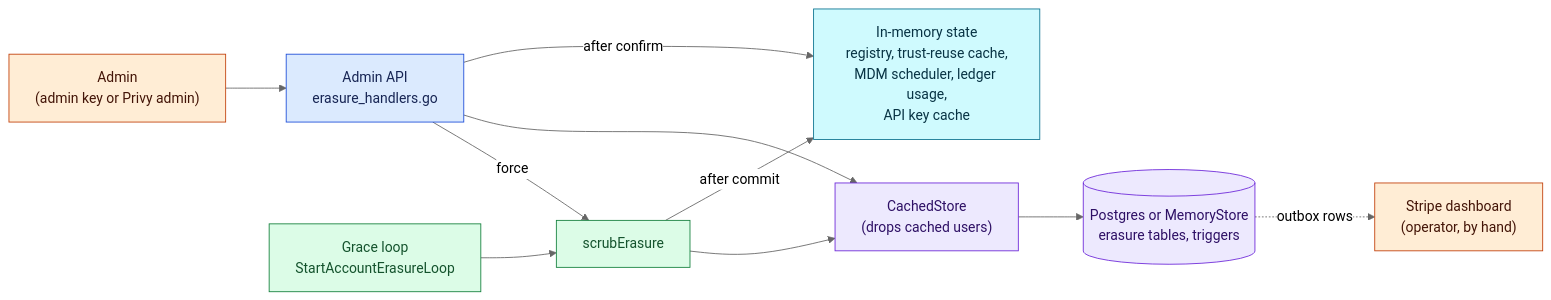
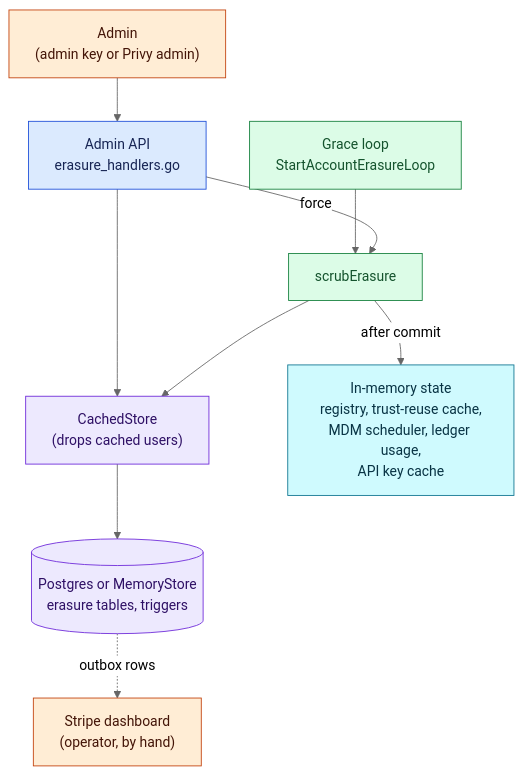
One commit to Layr-Labs/d-inference changed the first of 3 diagrams in docs/architecture/account-erasure.md. Above: the diagram before and after it, drawn with Mermaid (neutral theme). The commit also changed other lines of this file, not shown here.

Commit message:
Lay out the erasure component diagram top to bottom
GitHub's renderer still crossed edges in the left-to-right layout. A
top-to-bottom chain renders without crossings; the confirm-time
disconnect moves to the caption.

````diff
--- a/docs/architecture/account-erasure.md
+++ b/docs/architecture/account-erasure.md
@@ -37,18 +37,17 @@
 ```mermaid
-flowchart LR
+flowchart TB
   classDef api fill:#dbeafe,stroke:#1d4ed8,color:#172554
   classDef loop fill:#dcfce7,stroke:#15803d,color:#14532d
   classDef store fill:#ede9fe,stroke:#6d28d9,color:#2e1065
   classDef mem fill:#cffafe,stroke:#0e7490,color:#083344
   classDef ext fill:#ffedd5,stroke:#c2410c,color:#431407
 
   A["Admin<br/>(admin key or Privy admin)"]:::ext --> H["Admin API<br/>erasure_handlers.go"]:::api
   L["Grace loop<br/>StartAccountErasureLoop"]:::loop --> X["scrubErasure"]:::loop
   H -- "force" --> X
   H --> C["CachedStore<br/>(drops cached users)"]:::store
   X --> C
+  X -- "after commit" --> M["In-memory state<br/>registry, trust-reuse cache,<br/>MDM scheduler, ledger usage,<br/>API key cache"]:::mem
   C --> DB[("Postgres or MemoryStore<br/>erasure tables, triggers")]:::store
-  H -- "after confirm" --> M["In-memory state<br/>registry, trust-reuse cache,<br/>MDM scheduler, ledger usage,<br/>API key cache"]:::mem
-  X -- "after commit" --> M
   DB -. "outbox rows" .-> S["Stripe dashboard<br/>(operator, by hand)"]:::ext
 ```
````
